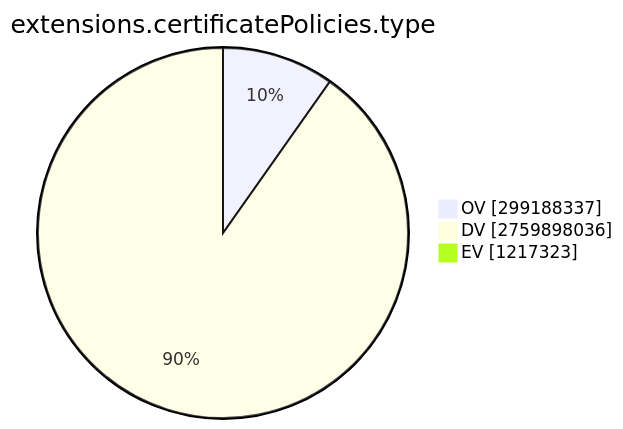
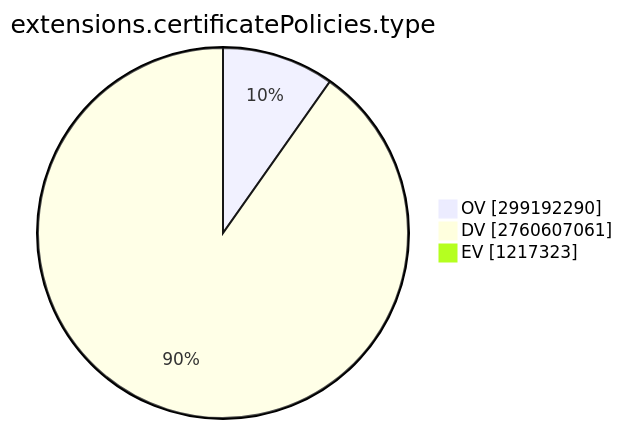
Before and after one commit to christiankrug/ctmonitor_visualization: the ninth of 15 diagrams in TOTAL/README.md, drawn with Mermaid. The commit also changed other lines of this file, not shown here.

````diff
--- a/TOTAL/README.md
+++ b/TOTAL/README.md
@@ -3101,7 +3101,7 @@
 ```mermaid
 pie showData
 title extensions.certificatePolicies.type
-"OV" :299188337
-"DV" :2759898036
+"OV" :299192290
+"DV" :2760607061
 "EV" :1217323
 ```
````
